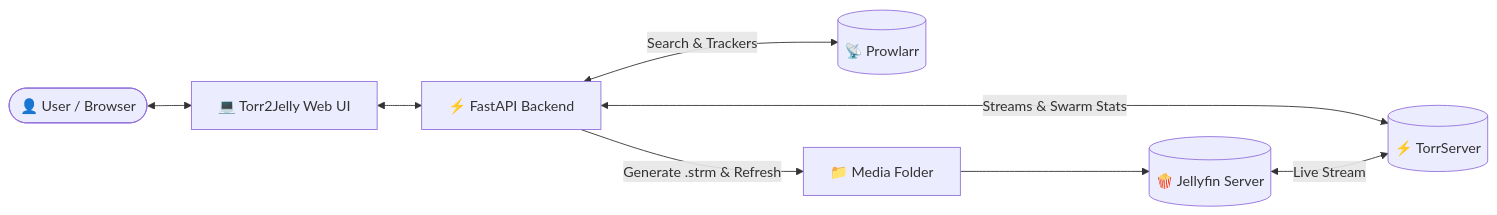
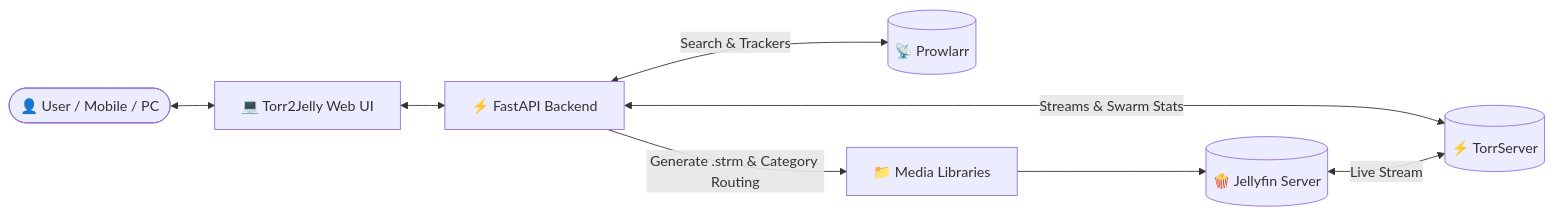
One commit to D1st3f-PRJCTS/torr2jelly changed the diagram in README.md. Above: the diagram before and after it, drawn with Mermaid. The commit also changed other lines of this file and 1 other file, not shown here.

````diff
--- a/README.md
+++ b/README.md
@@ -29,10 +30,10 @@
 ```mermaid
 flowchart LR
-    User([👤 User / Browser]) <--> WebUI[💻 Torr2Jelly Web UI]
+    User([👤 User / Mobile / PC]) <--> WebUI[💻 Torr2Jelly Web UI]
     WebUI <--> Backend[⚡ FastAPI Backend]
     Backend <-->|Search & Trackers| Prowlarr[(📡 Prowlarr)]
     Backend <-->|Streams & Swarm Stats| TorrServer[(⚡ TorrServer)]
-    Backend -->|Generate .strm & Refresh| MediaDir[📁 Media Folder]
+    Backend -->|Generate .strm & Category Routing| MediaDir[📁 Media Libraries]
     MediaDir --> Jellyfin[(🍿 Jellyfin Server)]
     Jellyfin <-->|Live Stream| TorrServer
 ```
````
